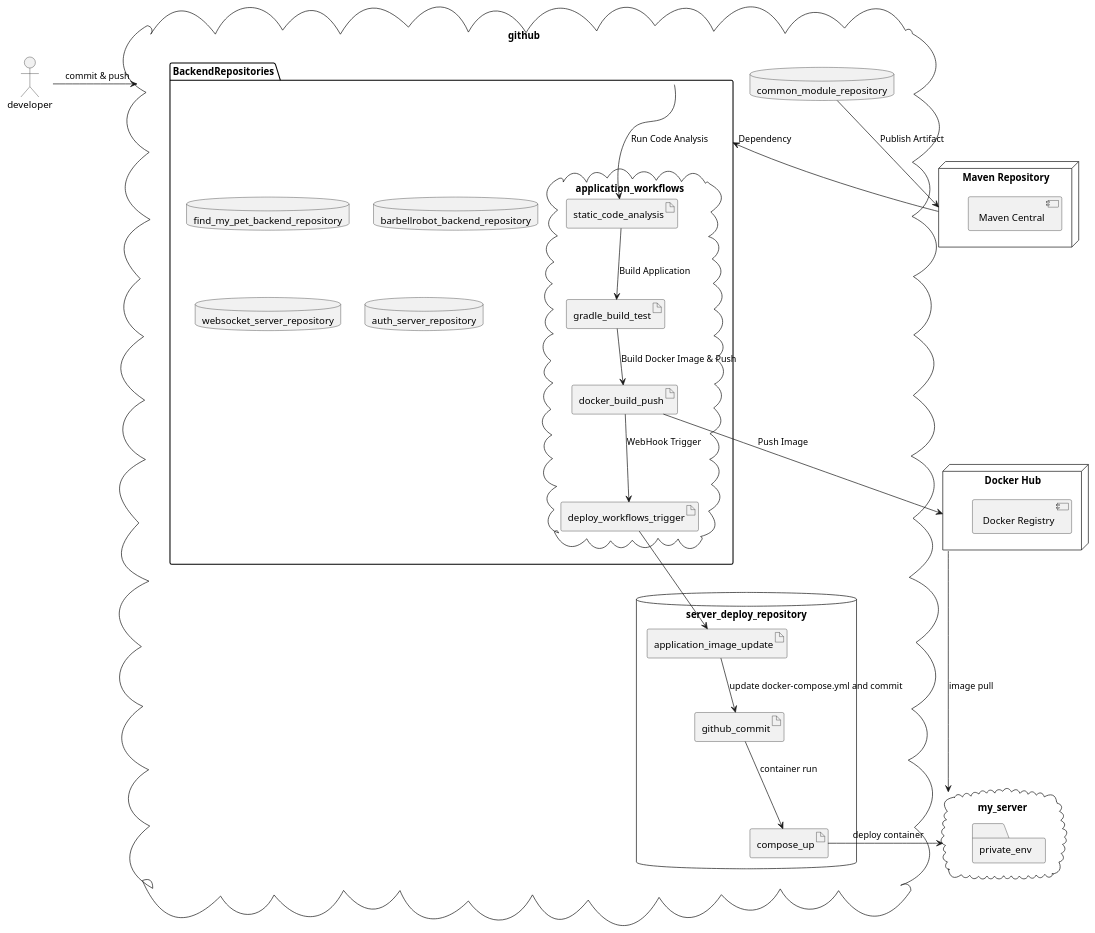
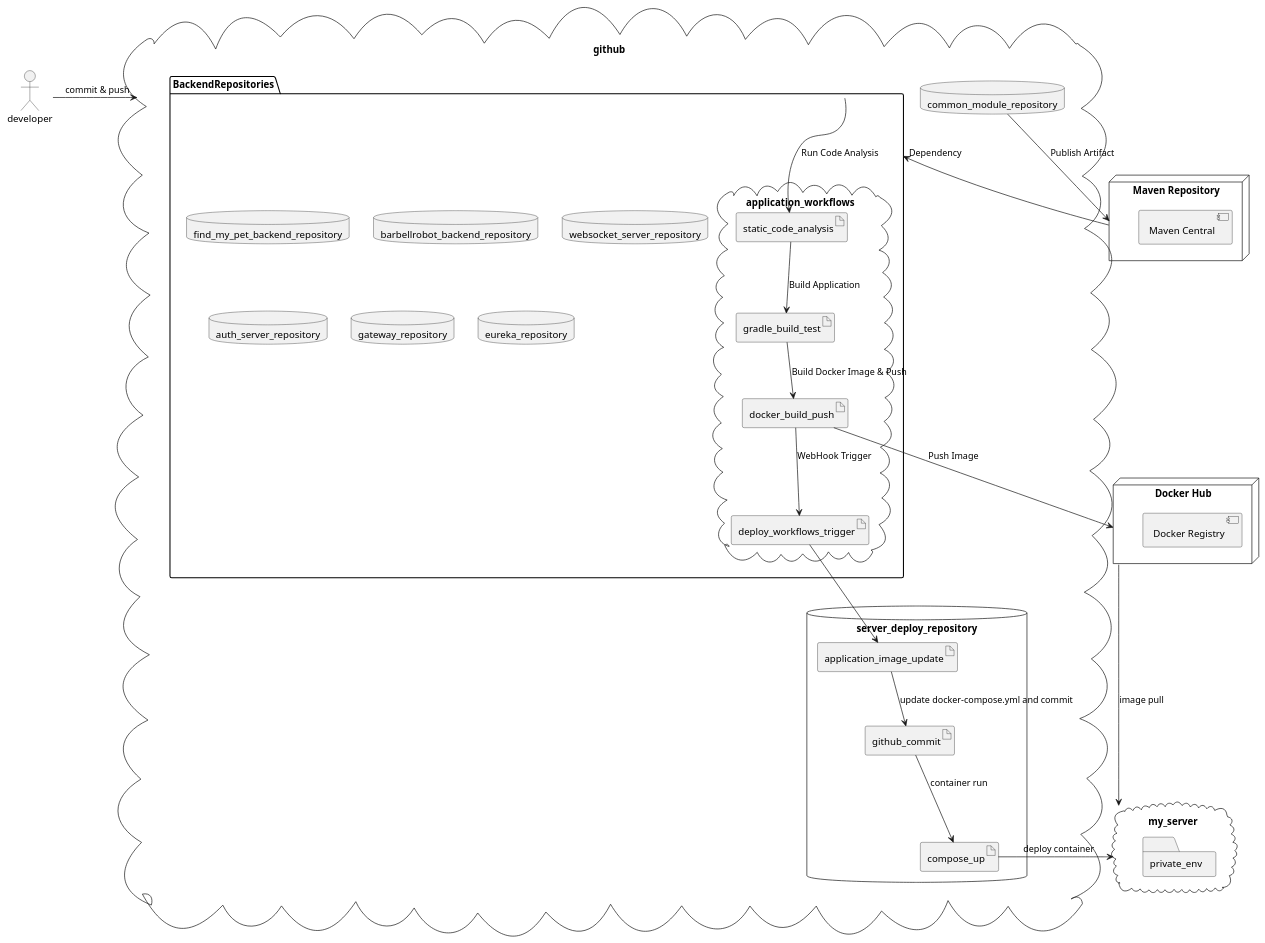
One commit to PARKPARKWOO/server-deploy changed the diagram in docs/deploy.puml. Above: the diagram before and after it, drawn with PlantUML. The commit also changed 2 other files, not shown here.

```diff
--- a/docs/deploy.puml
+++ b/docs/deploy.puml
@@ -1,58 +1,60 @@
 @startuml
 'https://plantuml.com/deployment-diagram
 
 actor developer
 cloud github {
     package BackendRepositories {
         database find_my_pet_backend_repository
         database barbellrobot_backend_repository
         database websocket_server_repository
         database auth_server_repository
+        database gateway_repository
+        database eureka_repository
 
             cloud application_workflows {
                 artifact static_code_analysis
                 artifact gradle_build_test
                 artifact docker_build_push
                 artifact deploy_workflows_trigger
             }
     }
 
     database server_deploy_repository {
         artifact application_image_update
         artifact github_commit
         artifact compose_up
     }
 
 
     database common_module_repository
 }
 node "Maven Repository" as MavenRepo {
     [Maven Central]
 }
 node "Docker Hub" as DockerHub {
     [Docker Registry]
 }
 
 cloud my_server {
     folder private_env
 }
 
 developer -> github: commit & push
 common_module_repository --> MavenRepo : Publish Artifact
 MavenRepo --> BackendRepositories : Dependency
 
 ' CI/CD Pipeline Steps
 BackendRepositories --> static_code_analysis : Run Code Analysis
 static_code_analysis --> gradle_build_test : Build Application
 gradle_build_test --> docker_build_push : Build Docker Image & Push
 docker_build_push --> DockerHub : Push Image
 docker_build_push --> deploy_workflows_trigger: WebHook Trigger
 deploy_workflows_trigger --> application_image_update
 application_image_update --> github_commit:  update docker-compose.yml and commit
 github_commit --> compose_up: container run
 
 ' Deployment to Server
 compose_up -> my_server: deploy container
 
 DockerHub --> my_server : image pull
 @enduml
```
